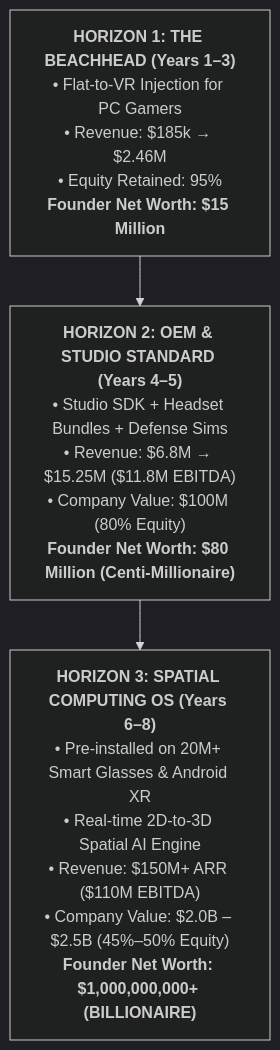
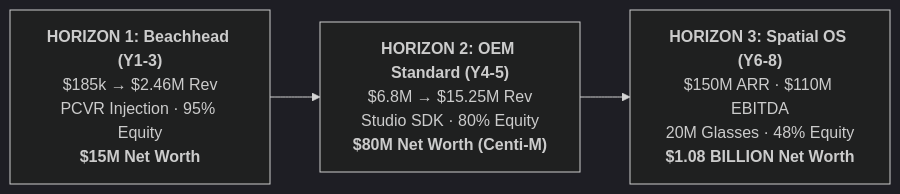
The diagram in nexvr-strategy/06-financial/billionaire-roadmap.md (sathishssj3/NexVR-Engine), drawn with Mermaid (dark theme) before and after one commit. The commit also changed 2 other files, not shown here.

Commit message:
style: convert vertical mermaid diagrams to widescreen flowchart LR and add full-width summary table

````diff
--- a/nexvr-strategy/06-financial/billionaire-roadmap.md
+++ b/nexvr-strategy/06-financial/billionaire-roadmap.md
@@ -36,6 +36,6 @@
 ```mermaid
-graph TD
-    H1["<b>HORIZON 1: THE BEACHHEAD (Years 1–3)</b><br/>• Flat-to-VR Injection for PC Gamers<br/>• Revenue: $185k → $2.46M<br/>• Equity Retained: 95%<br/><b>Founder Net Worth: $15 Million</b>"]
-    --> H2["<b>HORIZON 2: OEM & STUDIO STANDARD (Years 4–5)</b><br/>• Studio SDK + Headset Bundles + Defense Sims<br/>• Revenue: $6.8M → $15.25M ($11.8M EBITDA)<br/>• Company Value: $100M (80% Equity)<br/><b>Founder Net Worth: $80 Million (Centi-Millionaire)</b>"]
-    --> H3["<b>HORIZON 3: SPATIAL COMPUTING OS (Years 6–8)</b><br/>• Pre-installed on 20M+ Smart Glasses & Android XR<br/>• Real-time 2D-to-3D Spatial AI Engine<br/>• Revenue: $150M+ ARR ($110M EBITDA)<br/>• Company Value: $2.0B – $2.5B (45%–50% Equity)<br/><b>Founder Net Worth: $1,000,000,000+ (BILLIONAIRE)</b>"]
+flowchart LR
+    H1["<b>HORIZON 1: Beachhead (Y1-3)</b><br/>$185k → $2.46M Rev<br/>PCVR Injection · 95% Equity<br/><b>$15M Net Worth</b>"]
+    --> H2["<b>HORIZON 2: OEM Standard (Y4-5)</b><br/>$6.8M → $15.25M Rev<br/>Studio SDK · 80% Equity<br/><b>$80M Net Worth (Centi-M)</b>"]
+    --> H3["<b>HORIZON 3: Spatial OS (Y6-8)</b><br/>$150M ARR · $110M EBITDA<br/>20M Glasses · 48% Equity<br/><b>$1.08 BILLION Net Worth</b>"]
 ```
````
